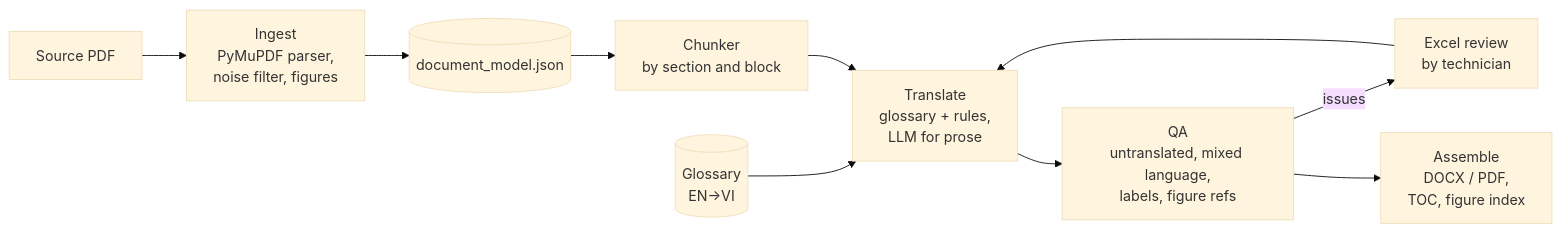
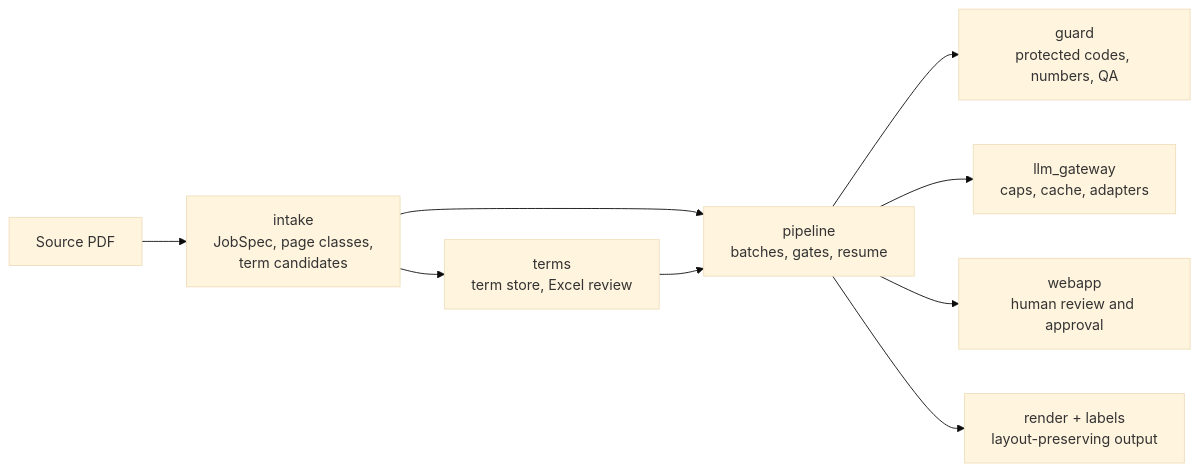
The diagram in README.md (HuyenTrang0506/manuvi), drawn with Mermaid (base theme) before and after one commit. The commit also changed other lines of this file and 1 other file, not shown here.

````diff
--- a/README.md
+++ b/README.md
@@ -28,12 +28,11 @@
 ```mermaid
 flowchart LR
-    PDF[Source PDF] --> I[Ingest<br/>PyMuPDF parser,<br/>noise filter, figures]
-    I --> DM[(document_model.json)]
-    DM --> C[Chunker<br/>by section and block]
-    G[(Glossary<br/>EN→VI)] --> T
-    C --> T[Translate<br/>glossary + rules,<br/>LLM for prose]
-    T --> Q[QA<br/>untranslated, mixed language,<br/>labels, figure refs]
-    Q -->|issues| R[Excel review<br/>by technician]
-    R --> T
-    Q --> A[Assemble<br/>DOCX / PDF,<br/>TOC, figure index]
+    PDF[Source PDF] --> I[intake<br/>JobSpec, page classes,<br/>term candidates]
+    I --> T[terms<br/>term store, Excel review]
+    I --> P[pipeline<br/>batches, gates, resume]
+    T --> P
+    P --> G[guard<br/>protected codes, numbers, QA]
+    P --> L[llm_gateway<br/>caps, cache, adapters]
+    P --> W[webapp<br/>human review and approval]
+    P --> R[render + labels<br/>layout-preserving output]
 ```
````
